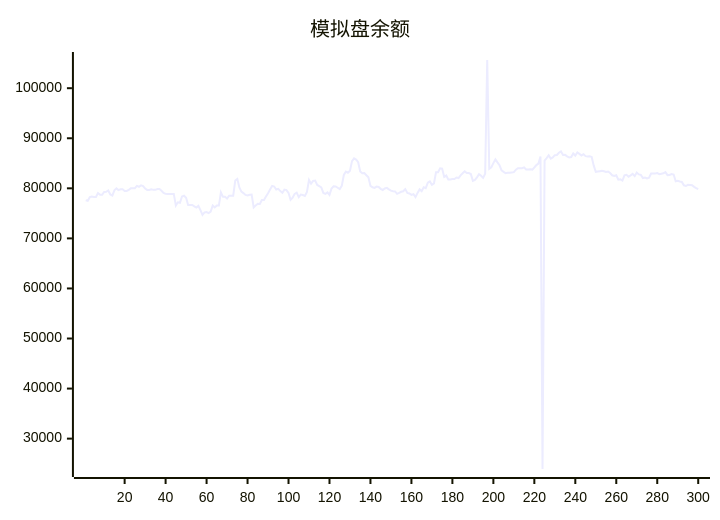
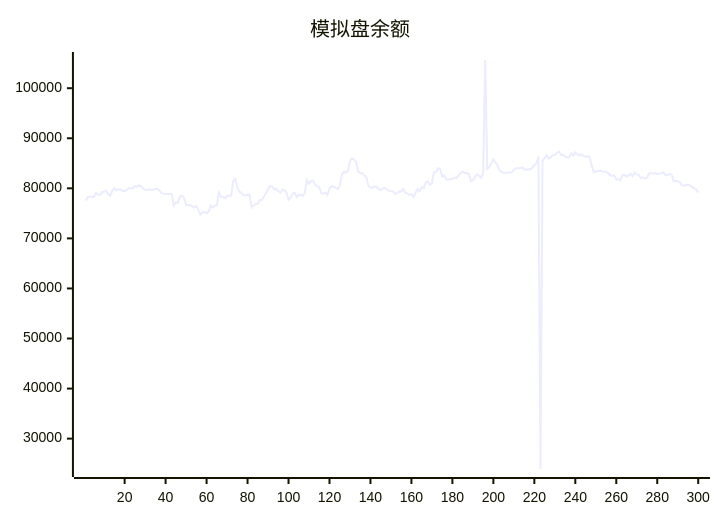
Before and after one commit to aahl/ai-trading: the diagram in README.md, drawn with Mermaid. The commit also changed other lines of this file and 1 other file, not shown here.

````diff
--- a/README.md
+++ b/README.md
@@ -5,5 +5,5 @@
 ```mermaid
 xychart
     title "模拟盘余额"
-    line [77623,77504,78235,78358,78284,78277,79048,78714,78714,79290,79308,79567,78763,78563,79603,79988,79652,79813,79813,79476,79469,79673,79995,80015,80015,80486,80314,80600,80436,79966,79689,79689,79819,79692,79692,79850,79850,79518,79071,78889,78850,78850,78878,78878,76554,77202,77103,78357,78510,78106,76678,76677,76672,76411,76159,76485,75656,74695,75197,75246,75052,75334,76564,76179,76553,76551,79196,78300,78300,77944,78531,78531,78521,81564,81884,80160,79335,79055,78675,78580,78708,78764,76179,76586,76902,76876,77658,77669,78346,79023,79769,80497,80366,79761,79896,79448,79126,79749,79658,79097,77695,78114,78888,79126,78249,78738,78653,78478,79271,81680,80923,81488,81527,80681,80455,80190,79084,78879,79193,78686,79954,80403,80374,80118,79848,80491,82665,83351,83098,83525,85430,85983,85737,85221,83378,83014,83043,82613,82216,80477,80208,80081,80348,80277,79894,79670,79965,80093,79786,79542,79406,79371,78893,79087,79304,79406,79841,79072,78978,78696,78846,78272,79085,79787,79442,80198,80031,81120,81379,80718,80985,83214,83212,83993,83921,82270,82547,81776,81776,81866,81866,82158,82061,82596,83000,83408,83041,83050,82858,81503,81691,82188,82812,82517,82092,82901,105633,83898,84180,85030,85781,85178,84604,83569,83298,83008,83093,83107,83175,83228,83729,84025,84017,84019,84177,83775,83762,83785,83738,84160,84639,84939,86370,23934,85548,86046,86599,85942,86161,86622,86664,87115,87369,86666,86685,86384,86152,86243,86969,86548,87164,86885,86566,86809,86427,86348,86417,86273,84538,83299,83369,83430,83490,83404,83270,83362,83056,82605,82459,82614,81734,81788,81551,82598,82702,82320,82580,82878,82426,83139,82778,82686,82056,82166,81963,82110,82951,82983,82984,83038,82838,82915,82998,83235,82642,82682,82858,82746,81396,81512,81362,81277,80600,80461,80699,80673,80616,80288,80038,79836]
+    line [77504,78235,78358,78284,78277,79048,78714,78714,79290,79308,79567,78763,78563,79603,79988,79652,79813,79813,79476,79469,79673,79995,80015,80015,80486,80314,80600,80436,79966,79689,79689,79819,79692,79692,79850,79850,79518,79071,78889,78850,78850,78878,78878,76554,77202,77103,78357,78510,78106,76678,76677,76672,76411,76159,76485,75656,74695,75197,75246,75052,75334,76564,76179,76553,76551,79196,78300,78300,77944,78531,78531,78521,81564,81884,80160,79335,79055,78675,78580,78708,78764,76179,76586,76902,76876,77658,77669,78346,79023,79769,80497,80366,79761,79896,79448,79126,79749,79658,79097,77695,78114,78888,79126,78249,78738,78653,78478,79271,81680,80923,81488,81527,80681,80455,80190,79084,78879,79193,78686,79954,80403,80374,80118,79848,80491,82665,83351,83098,83525,85430,85983,85737,85221,83378,83014,83043,82613,82216,80477,80208,80081,80348,80277,79894,79670,79965,80093,79786,79542,79406,79371,78893,79087,79304,79406,79841,79072,78978,78696,78846,78272,79085,79787,79442,80198,80031,81120,81379,80718,80985,83214,83212,83993,83921,82270,82547,81776,81776,81866,81866,82158,82061,82596,83000,83408,83041,83050,82858,81503,81691,82188,82812,82517,82092,82901,105633,83898,84180,85030,85781,85178,84604,83569,83298,83008,83093,83107,83175,83228,83729,84025,84017,84019,84177,83775,83762,83785,83738,84160,84639,84939,86370,23934,85548,86046,86599,85942,86161,86622,86664,87115,87369,86666,86685,86384,86152,86243,86969,86548,87164,86885,86566,86809,86427,86348,86417,86273,84538,83299,83369,83430,83490,83404,83270,83362,83056,82605,82459,82614,81734,81788,81551,82598,82702,82320,82580,82878,82426,83139,82778,82686,82056,82166,81963,82110,82951,82983,82984,83038,82838,82915,82998,83235,82642,82682,82858,82746,81396,81512,81362,81277,80600,80461,80699,80673,80616,80288,80038,79836,79142]
 ```
````
